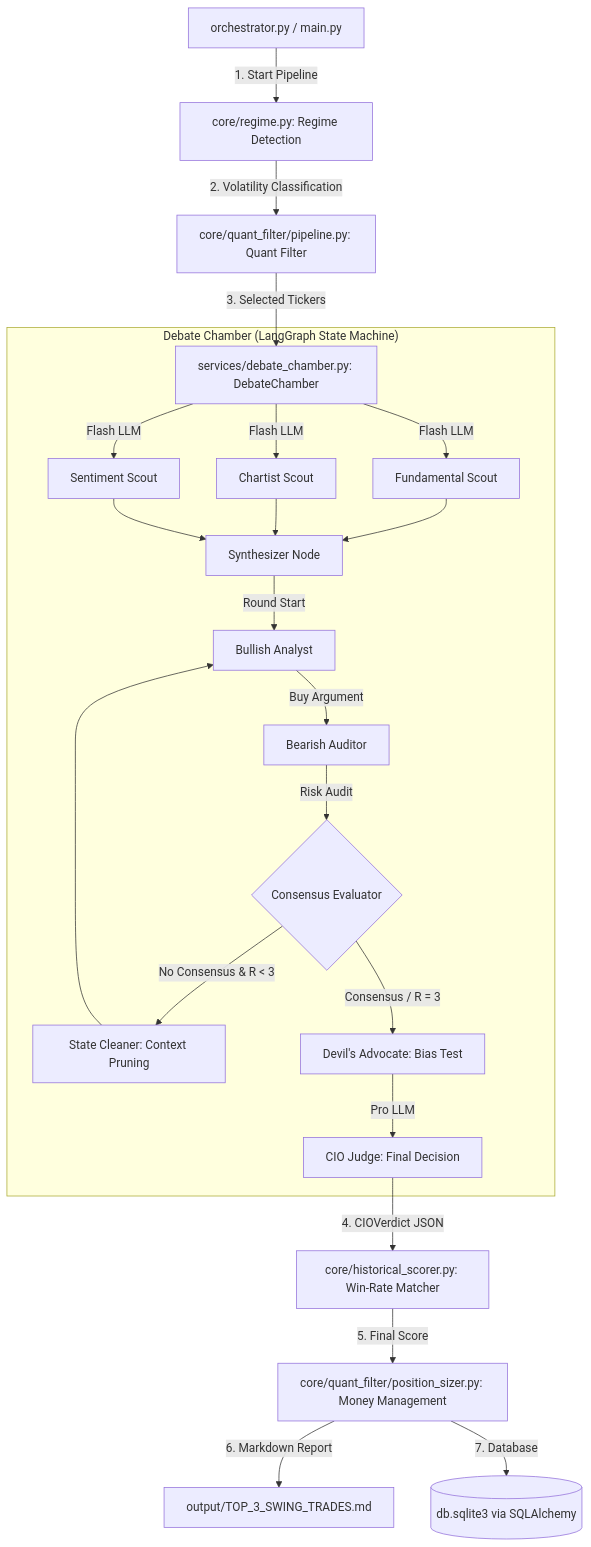
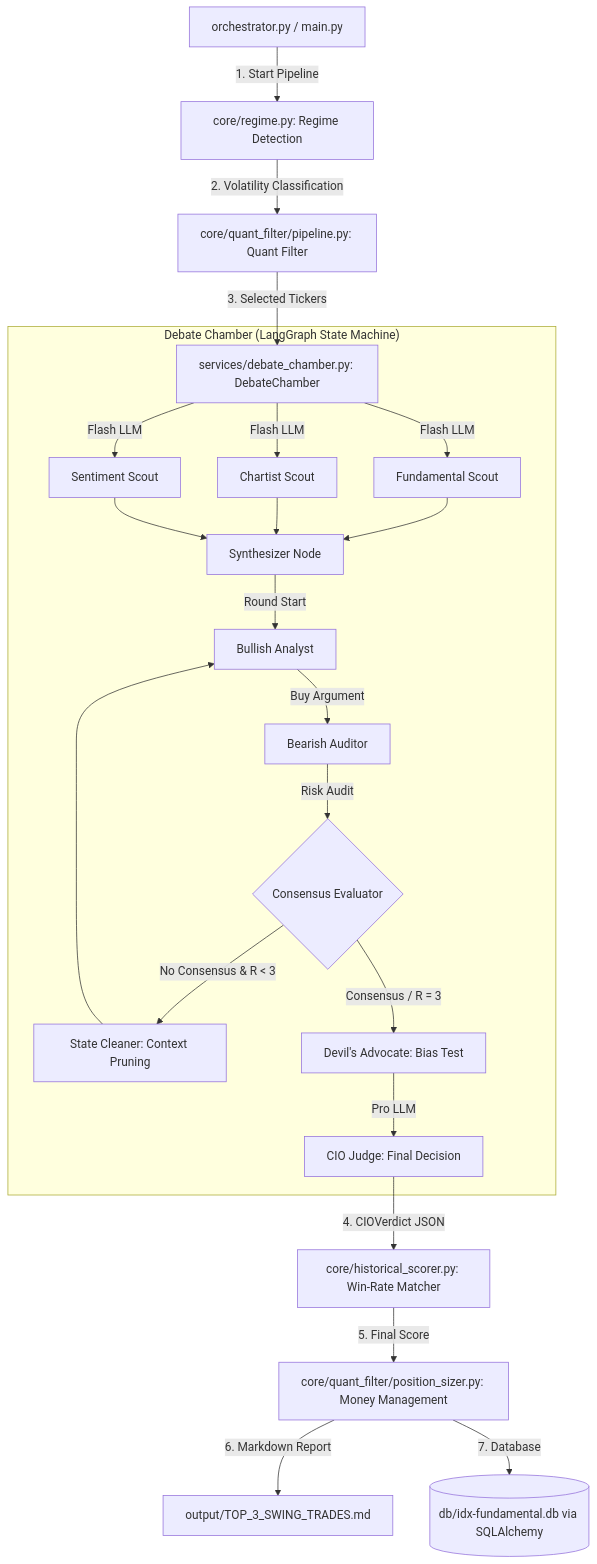
The diagram in README.md (naufalhajid/IDX-Debate-Engine), drawn with Mermaid before and after one commit. The commit also changed other lines of this file and 5 other files, not shown here.

````diff
--- a/README.md
+++ b/README.md
@@ -93,31 +93,31 @@
 ```mermaid
 graph TD
     EP["orchestrator.py / main.py"] -->|1. Start Pipeline| MR["core/regime.py: Regime Detection"]
     MR -->|2. Volatility Classification| QF["core/quant_filter/pipeline.py: Quant Filter"]
     QF -->|3. Selected Tickers| DC["services/debate_chamber.py: DebateChamber"]
 
     subgraph SUB_DC ["Debate Chamber (LangGraph State Machine)"]
         DC -->|Flash LLM| FS[Fundamental Scout]
         DC -->|Flash LLM| CS[Chartist Scout]
         DC -->|Flash LLM| SS[Sentiment Scout]
 
         FS --> SYN[Synthesizer Node]
         CS --> SYN
         SS --> SYN
 
         SYN -->|Round Start| BA[Bullish Analyst]
         BA -->|Buy Argument| BR[Bearish Auditor]
         BR -->|Risk Audit| CE{Consensus Evaluator}
 
         CE -->|"No Consensus & R < 3"| SC["State Cleaner: Context Pruning"]
         SC --> BA
 
         CE -->|Consensus / R = 3| DA["Devil's Advocate: Bias Test"]
         DA -->|Pro LLM| CJ["CIO Judge: Final Decision"]
     end
 
     CJ -->|4. CIOVerdict JSON| HS["core/historical_scorer.py: Win-Rate Matcher"]
     HS -->|5. Final Score| PSIZ["core/quant_filter/position_sizer.py: Money Management"]
     PSIZ -->|6. Markdown Report| OUT["output/TOP_3_SWING_TRADES.md"]
-    PSIZ -->|7. Database| DB[("db.sqlite3 via SQLAlchemy")]
+    PSIZ -->|7. Database| DB[("db/idx-fundamental.db via SQLAlchemy")]
 ```
````
